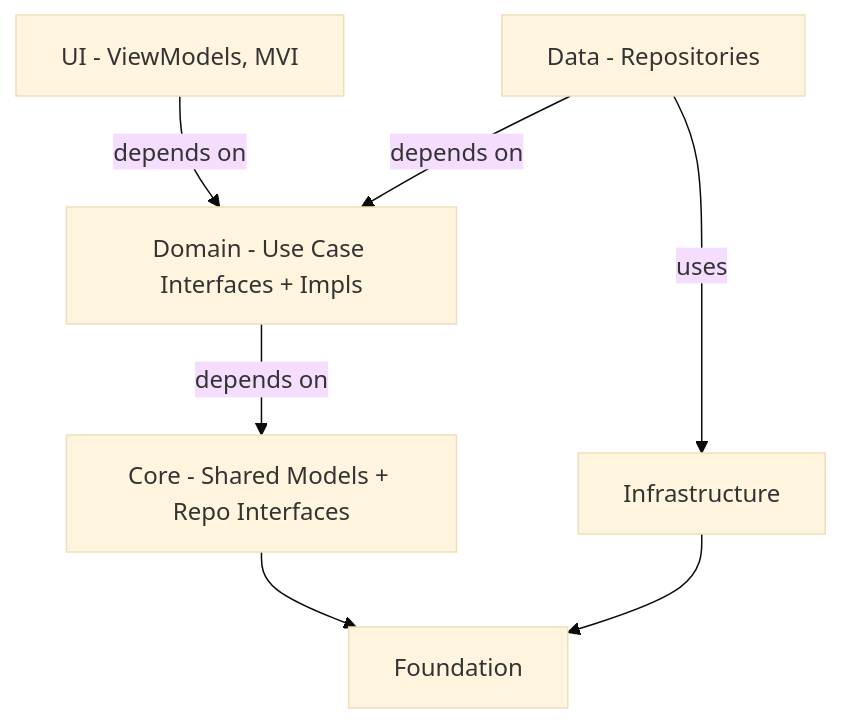
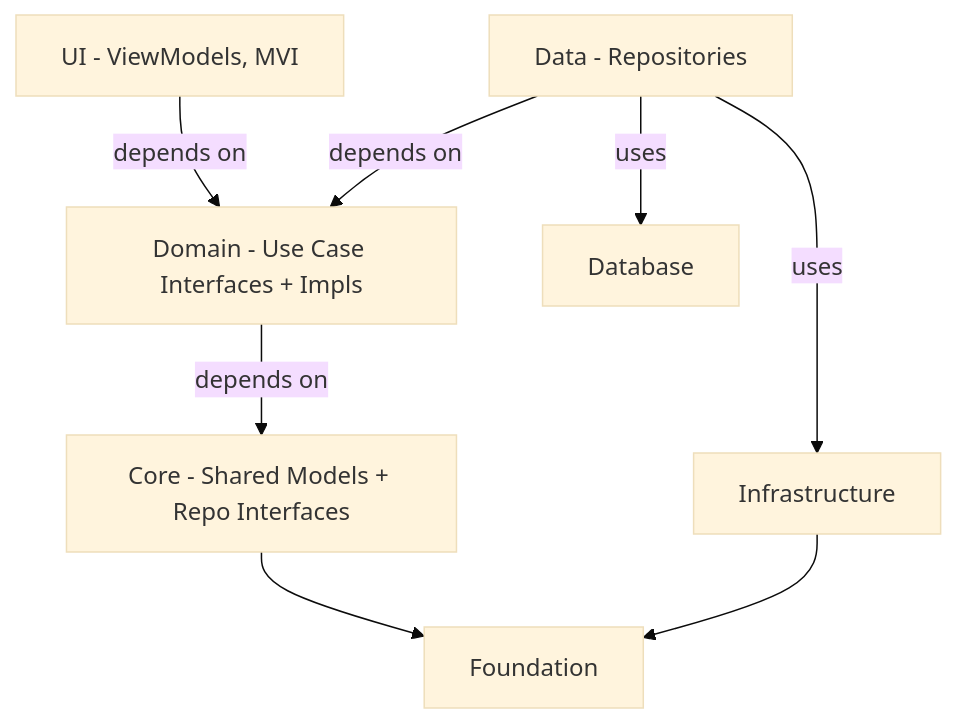
The fifth of 13 diagrams in README.md (Ashanen/Castociasto), drawn with Mermaid (base theme) before and after one commit. The commit also changed other lines of this file and 54 other files, not shown here.

First line of the commit message:
Add offline-first architecture with Room, event bus, and Compose testTag E2E support

````diff
--- a/README.md
+++ b/README.md
@@ -191,9 +208,10 @@
 ```mermaid
 graph TB
     UI[UI - ViewModels, MVI] -->|depends on| Domain
     Data[Data - Repositories] -->|depends on| Domain
     Domain[Domain - Use Case Interfaces + Impls] -->|depends on| Core[Core - Shared Models + Repo Interfaces]
     Core --> Found[Foundation]
     Data -->|uses| Infra[Infrastructure]
+    Data -->|uses| DB[Database]
     Infra --> Found
 ```
````
